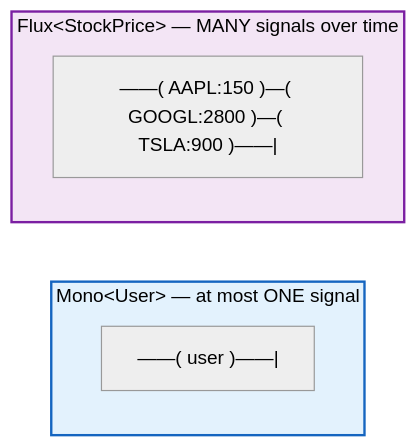
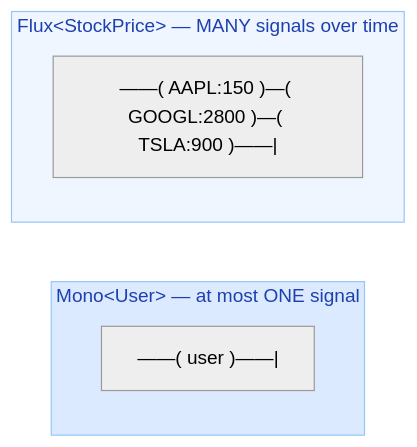
The third of 5 diagrams in docs/springboot/webflux.md (saivamsikaruturi/vamsilabs-dev-notes-main), drawn with Mermaid (neutral theme) before and after one commit. The commit also changed other lines of this file and 220 other files, not shown here.

First line of the commit message:
Add 50+ new Java/Spring Boot pages, rewrite CSS code blocks to Oracle style, fix all diagram colors

````diff
--- a/docs/springboot/webflux.md
+++ b/docs/springboot/webflux.md
@@ -118,13 +118,13 @@
 ```mermaid
 flowchart LR
     subgraph Mono["Mono&lt;User&gt; — at most ONE signal"]
         M1["——( user )——|"]
     end
 
     subgraph Flux["Flux&lt;StockPrice&gt; — MANY signals over time"]
         F1["——( AAPL:150 )—( GOOGL:2800 )—( TSLA:900 )——|"]
     end
 
-    style Mono fill:#E3F2FD,stroke:#1565C0,stroke-width:2px,color:#000
-    style Flux fill:#F3E5F5,stroke:#7B1FA2,stroke-width:2px,color:#000
+    style Mono fill:#DBEAFE,stroke:#93C5FD,color:#1E40AF
+    style Flux fill:#EFF6FF,stroke:#93C5FD,color:#1E40AF
 ```
````
